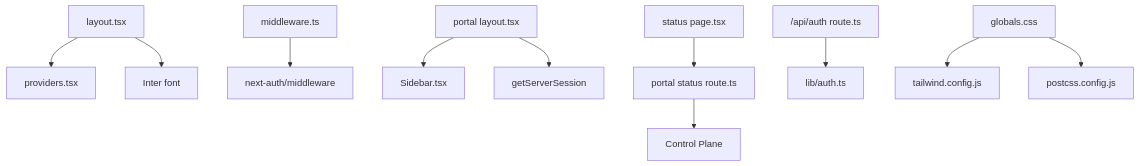
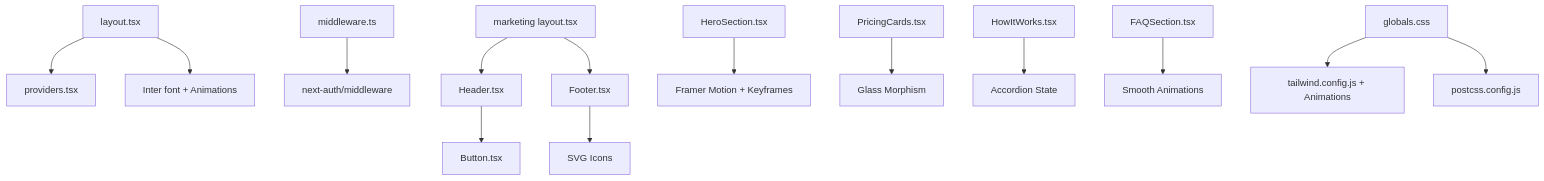
Diagram 14 of 14 in .qoder/repowiki/en/content/Frontend Application/Application Architecture.md (askchiwa-spec/FLOW-HQ-BOT), drawn with Mermaid before and after one commit. The commit also changed other lines of this file and 11 other files, not shown here.

````diff
--- a/.qoder/repowiki/en/content/Frontend Application/Application Architecture.md
+++ b/.qoder/repowiki/en/content/Frontend Application/Application Architecture.md
@@ -403,13 +605,16 @@
 ```mermaid
 graph TB
 Root["layout.tsx"] --> Providers["providers.tsx"]
-Root --> Inter["Inter font"]
+Root --> Inter["Inter font + Animations"]
 MW["middleware.ts"] --> NextAuthMW["next-auth/middleware"]
-PortalLayout["portal layout.tsx"] --> Sidebar["Sidebar.tsx"]
-PortalLayout --> Session["getServerSession"]
-StatusPage["status page.tsx"] --> PortalAPI["portal status route.ts"]
-PortalAPI --> ControlPlane["Control Plane"]
-AuthRoute["/api/auth route.ts"] --> AuthConfig["lib/auth.ts"]
-CSS["globals.css"] --> Tailwind["tailwind.config.js"]
+MarketingLayout["marketing layout.tsx"] --> Header["Header.tsx"]
+MarketingLayout --> Footer["Footer.tsx"]
+Header --> Button["Button.tsx"]
+Footer --> SocialIcons["SVG Icons"]
+Hero["HeroSection.tsx"] --> Animations["Framer Motion + Keyframes"]
+Pricing["PricingCards.tsx"] --> GlassEffects["Glass Morphism"]
+HowIt["HowItWorks.tsx"] --> Interactive["Accordion State"]
+FAQ["FAQSection.tsx"] --> Accordion["Smooth Animations"]
+CSS["globals.css"] --> Tailwind["tailwind.config.js + Animations"]
 CSS --> PostCSS["postcss.config.js"]
 ```
````
